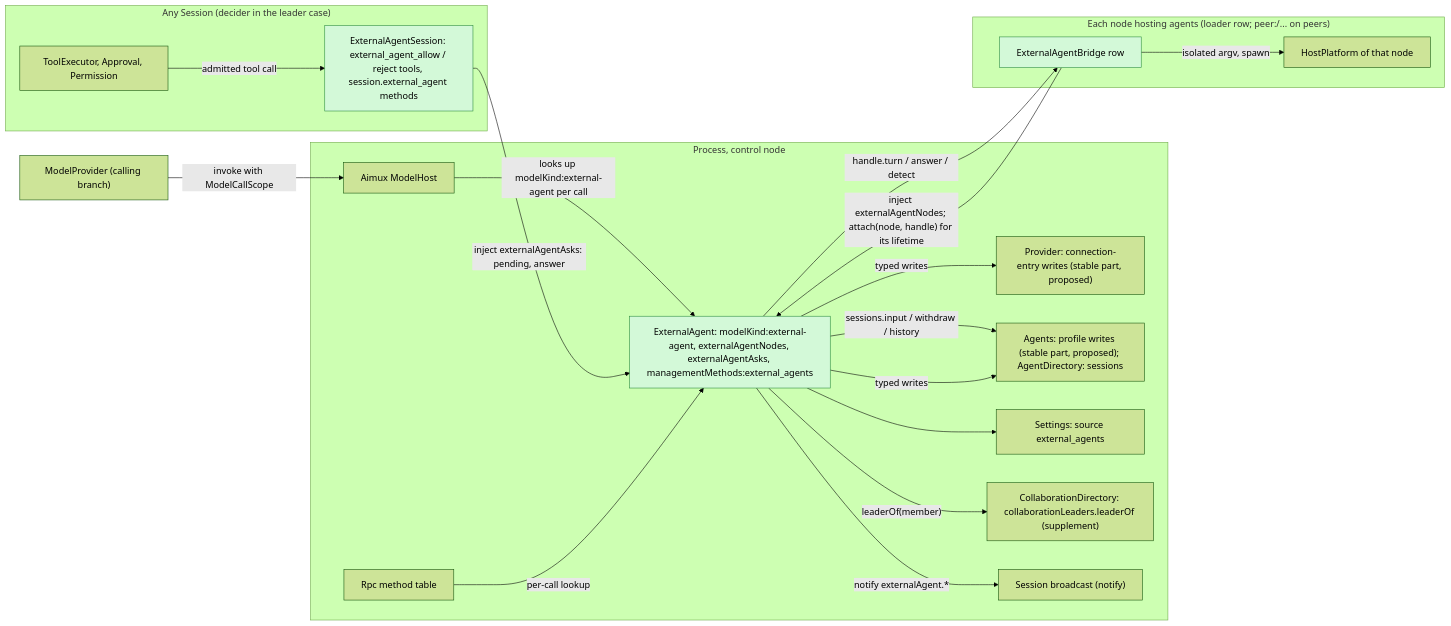
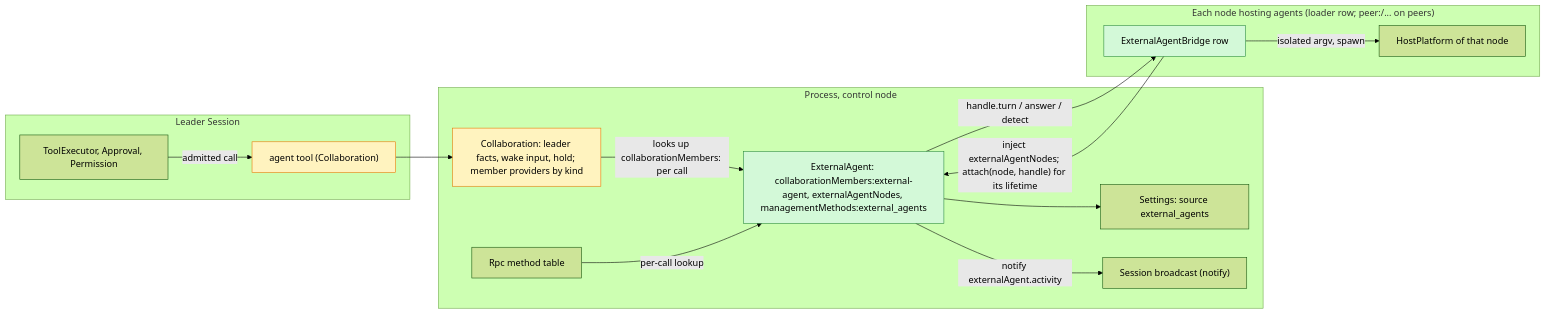
The first of 3 diagrams in docs/design/plugins/ExternalAgent.md (CoutinhoTTS/dim-agent), drawn with Mermaid (forest theme) before and after one commit. The commit also changed other lines of this file and 16 other files, not shown here.

First line of the commit message:
docs(external-agent): redesign external agents as Collaboration sub-agents

````diff
--- a/docs/design/plugins/ExternalAgent.md
+++ b/docs/design/plugins/ExternalAgent.md
@@ -33,37 +30,29 @@
 ```mermaid
 flowchart LR
   classDef new fill:#d3f9d8,stroke:#2b8a3e,color:#000
+  classDef chg fill:#fff3bf,stroke:#e67700,color:#000
+  subgraph leader["Leader Session"]
+    Tool["agent tool (Collaboration)"]:::chg
+    TE["ToolExecutor, Approval, Permission"]
+  end
   subgraph proc["Process, control node"]
-    EA["ExternalAgent: modelKind:external-agent, externalAgentNodes, externalAgentAsks, managementMethods:external_agents"]:::new
-    Aimux["Aimux ModelHost"]
-    PW["Provider: connection-entry writes (stable part, proposed)"]
-    AW["Agents: profile writes (stable part, proposed); AgentDirectory: sessions"]
+    Coll["Collaboration: leader facts, wake input, hold; member providers by kind"]:::chg
+    EA["ExternalAgent: collaborationMembers:external-agent, externalAgentNodes, managementMethods:external_agents"]:::new
     Settings["Settings: source external_agents"]
-    CD["CollaborationDirectory: collaborationLeaders.leaderOf (supplement)"]
+    SB["Session broadcast (notify)"]
     Rpc["Rpc method table"]
-    SB["Session broadcast (notify)"]
   end
   subgraph node["Each node hosting agents (loader row; peer:<node>/... on peers)"]
     BR["ExternalAgentBridge row"]:::new
     HP["HostPlatform of that node"]
   end
-  subgraph leader["Any Session (decider in the leader case)"]
-    ES["ExternalAgentSession: external_agent_allow / reject tools, session.external_agent methods"]:::new
-    TE["ToolExecutor, Approval, Permission"]
-  end
-  MP["ModelProvider (calling branch)"]
-  MP -->|"invoke with ModelCallScope"| Aimux
-  Aimux -->|"looks up modelKind:external-agent per call"| EA
+  TE -->|"admitted call"| Tool
+  Tool --> Coll
+  Coll -->|"looks up collaborationMembers:<kind> per call"| EA
   BR -->|"inject externalAgentNodes; attach(node, handle) for its lifetime"| EA
   EA -->|"handle.turn / answer / detect"| BR
   BR -->|"isolated argv, spawn"| HP
-  EA -->|"leaderOf(member)"| CD
-  EA -->|"sessions.input / withdraw / history"| AW
-  EA -->|"notify externalAgent.*"| SB
-  TE -->|"admitted tool call"| ES
-  ES -->|"inject externalAgentAsks: pending, answer"| EA
+  EA -->|"notify externalAgent.activity"| SB
   Rpc -->|"per-call lookup"| EA
   EA --> Settings
-  EA -->|"typed writes"| PW
-  EA -->|"typed writes"| AW
 ```
````
